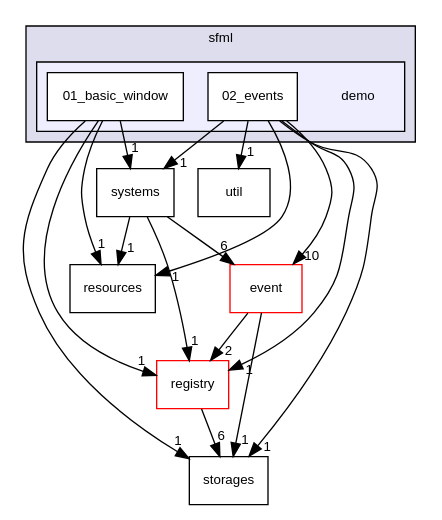
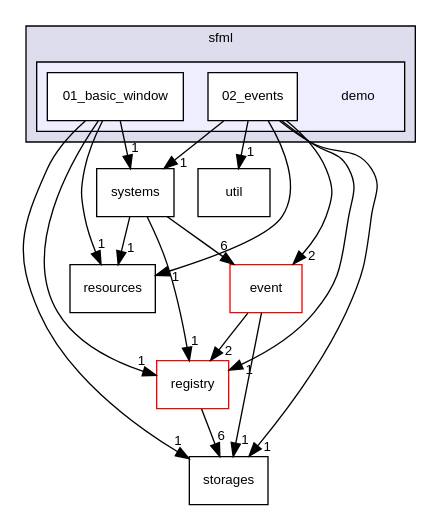
Before and after one commit to AndreasLrx/ecstasy: the diagram in dir_c01fc4cc10e0d58939200194d46ba02e_dep.dot, drawn with Graphviz. The commit also changed 469 other files, not shown here.

```diff
--- a/dir_c01fc4cc10e0d58939200194d46ba02e_dep.dot
+++ b/dir_c01fc4cc10e0d58939200194d46ba02e_dep.dot
@@ -1,36 +1,36 @@
 digraph "src/ecstasy/integrations/sfml/demo" {
   compound=true
   node [ fontsize="10", fontname="Helvetica"];
   edge [ labelfontsize="10", labelfontname="Helvetica"];
   subgraph clusterdir_51c06735119cb26e5f04dc30c3de2d57 {
     graph [ bgcolor="#ddddee", pencolor="black", label="sfml" fontname="Helvetica", fontsize="10", URL="dir_51c06735119cb26e5f04dc30c3de2d57.html"]
   subgraph clusterdir_c01fc4cc10e0d58939200194d46ba02e {
     graph [ bgcolor="#eeeeff", pencolor="black", label="" URL="dir_c01fc4cc10e0d58939200194d46ba02e.html"];
     dir_c01fc4cc10e0d58939200194d46ba02e [shape=plaintext label="demo"];
     dir_38a4743d134f46a02b2ee9856892b872 [shape=box label="01_basic_window" color="black" fillcolor="white" style="filled" URL="dir_38a4743d134f46a02b2ee9856892b872.html"];
     dir_23b6d9a034129b4fdcc47f0f79a02ad4 [shape=box label="02_events" color="black" fillcolor="white" style="filled" URL="dir_23b6d9a034129b4fdcc47f0f79a02ad4.html"];
   }
   }
   dir_d39b5e3b98d710191729c82e4f1d60c9 [shape=box label="resources" URL="dir_d39b5e3b98d710191729c82e4f1d60c9.html"];
   dir_4a1419ba0e8125a1fc6aeccf1492e850 [shape=box label="storages" URL="dir_4a1419ba0e8125a1fc6aeccf1492e850.html"];
   dir_30970fbe9de3918f98e58b7106d748f8 [shape=box label="systems" URL="dir_30970fbe9de3918f98e58b7106d748f8.html"];
   dir_27d9dd95bf0309eb27f3bb61fbabadeb [shape=box label="registry" fillcolor="white" style="filled" color="red" URL="dir_27d9dd95bf0309eb27f3bb61fbabadeb.html"];
   dir_183c73d974247df0fabaedf6b9eb94ef [shape=box label="event" fillcolor="white" style="filled" color="red" URL="dir_183c73d974247df0fabaedf6b9eb94ef.html"];
   dir_2de34326986a779f9fff4c0e99b551f8 [shape=box label="util" URL="dir_2de34326986a779f9fff4c0e99b551f8.html"];
   dir_23b6d9a034129b4fdcc47f0f79a02ad4->dir_d39b5e3b98d710191729c82e4f1d60c9 [headlabel="1", labeldistance=1.5 headhref="dir_000022_000008.html"];
   dir_23b6d9a034129b4fdcc47f0f79a02ad4->dir_4a1419ba0e8125a1fc6aeccf1492e850 [headlabel="1", labeldistance=1.5 headhref="dir_000022_000019.html"];
   dir_23b6d9a034129b4fdcc47f0f79a02ad4->dir_30970fbe9de3918f98e58b7106d748f8 [headlabel="1", labeldistance=1.5 headhref="dir_000022_000009.html"];
   dir_23b6d9a034129b4fdcc47f0f79a02ad4->dir_27d9dd95bf0309eb27f3bb61fbabadeb [headlabel="1", labeldistance=1.5 headhref="dir_000022_000014.html"];
-  dir_23b6d9a034129b4fdcc47f0f79a02ad4->dir_183c73d974247df0fabaedf6b9eb94ef [headlabel="10", labeldistance=1.5 headhref="dir_000022_000003.html"];
+  dir_23b6d9a034129b4fdcc47f0f79a02ad4->dir_183c73d974247df0fabaedf6b9eb94ef [headlabel="2", labeldistance=1.5 headhref="dir_000022_000003.html"];
   dir_23b6d9a034129b4fdcc47f0f79a02ad4->dir_2de34326986a779f9fff4c0e99b551f8 [headlabel="1", labeldistance=1.5 headhref="dir_000022_000010.html"];
   dir_30970fbe9de3918f98e58b7106d748f8->dir_d39b5e3b98d710191729c82e4f1d60c9 [headlabel="1", labeldistance=1.5 headhref="dir_000009_000008.html"];
   dir_30970fbe9de3918f98e58b7106d748f8->dir_27d9dd95bf0309eb27f3bb61fbabadeb [headlabel="1", labeldistance=1.5 headhref="dir_000009_000014.html"];
   dir_30970fbe9de3918f98e58b7106d748f8->dir_183c73d974247df0fabaedf6b9eb94ef [headlabel="6", labeldistance=1.5 headhref="dir_000009_000003.html"];
   dir_27d9dd95bf0309eb27f3bb61fbabadeb->dir_4a1419ba0e8125a1fc6aeccf1492e850 [headlabel="6", labeldistance=1.5 headhref="dir_000014_000019.html"];
   dir_183c73d974247df0fabaedf6b9eb94ef->dir_4a1419ba0e8125a1fc6aeccf1492e850 [headlabel="1", labeldistance=1.5 headhref="dir_000003_000019.html"];
   dir_183c73d974247df0fabaedf6b9eb94ef->dir_27d9dd95bf0309eb27f3bb61fbabadeb [headlabel="2", labeldistance=1.5 headhref="dir_000003_000014.html"];
   dir_38a4743d134f46a02b2ee9856892b872->dir_d39b5e3b98d710191729c82e4f1d60c9 [headlabel="1", labeldistance=1.5 headhref="dir_000021_000008.html"];
   dir_38a4743d134f46a02b2ee9856892b872->dir_4a1419ba0e8125a1fc6aeccf1492e850 [headlabel="1", labeldistance=1.5 headhref="dir_000021_000019.html"];
   dir_38a4743d134f46a02b2ee9856892b872->dir_30970fbe9de3918f98e58b7106d748f8 [headlabel="1", labeldistance=1.5 headhref="dir_000021_000009.html"];
   dir_38a4743d134f46a02b2ee9856892b872->dir_27d9dd95bf0309eb27f3bb61fbabadeb [headlabel="1", labeldistance=1.5 headhref="dir_000021_000014.html"];
 }
```
